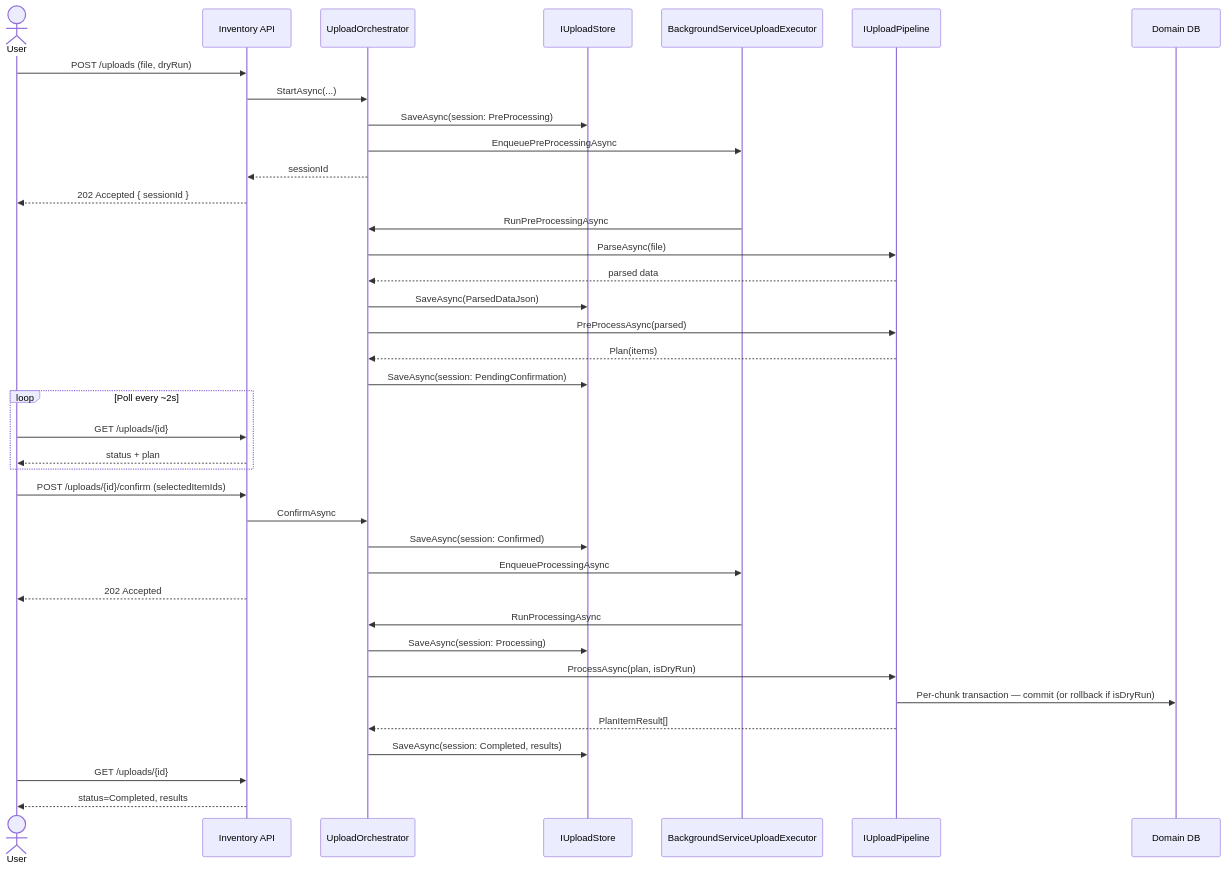
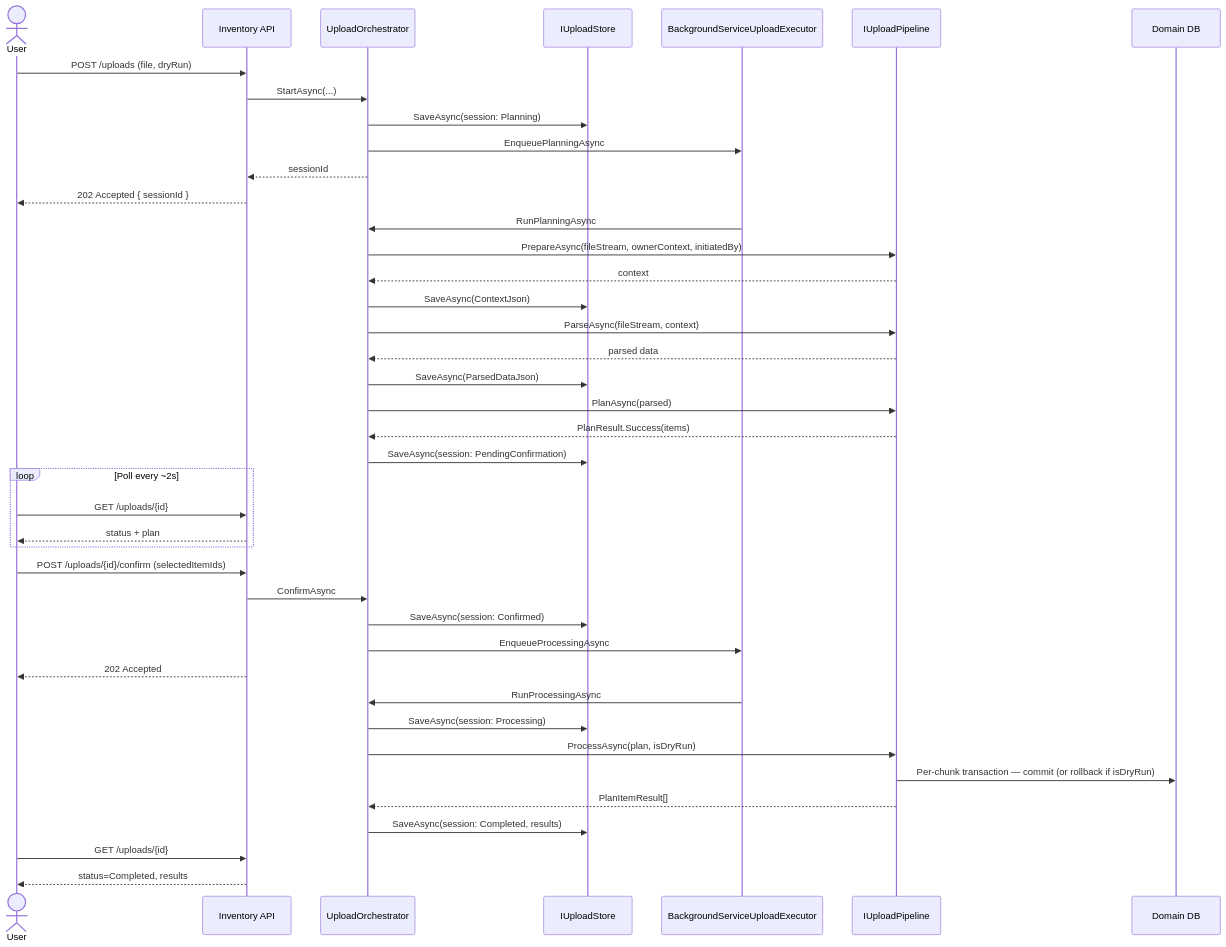
One commit to jjuradon/space-broker changed the first of 3 diagrams in poc/upload.engine/docs/sequence-diagrams.md. Above: the diagram before and after it, drawn with Mermaid. The commit also changed other lines of this file and 46 other files, not shown here.

````diff
--- a/poc/upload.engine/docs/sequence-diagrams.md
+++ b/poc/upload.engine/docs/sequence-diagrams.md
@@ -14,46 +7,49 @@
 ```mermaid
 sequenceDiagram
     actor User
     participant API as Inventory API
     participant Orch as UploadOrchestrator
     participant Store as IUploadStore
     participant Exec as BackgroundServiceUploadExecutor
     participant Pipe as IUploadPipeline
     participant DB as Domain DB
 
     User->>API: POST /uploads (file, dryRun)
     API->>Orch: StartAsync(...)
-    Orch->>Store: SaveAsync(session: PreProcessing)
-    Orch->>Exec: EnqueuePreProcessingAsync
+    Orch->>Store: SaveAsync(session: Planning)
+    Orch->>Exec: EnqueuePlanningAsync
     Orch-->>API: sessionId
     API-->>User: 202 Accepted { sessionId }
 
-    Exec->>Orch: RunPreProcessingAsync
-    Orch->>Pipe: ParseAsync(file)
+    Exec->>Orch: RunPlanningAsync
+    Orch->>Pipe: PrepareAsync(fileStream, ownerContext, initiatedBy)
+    Pipe-->>Orch: context
+    Orch->>Store: SaveAsync(ContextJson)
+    Orch->>Pipe: ParseAsync(fileStream, context)
     Pipe-->>Orch: parsed data
     Orch->>Store: SaveAsync(ParsedDataJson)
-    Orch->>Pipe: PreProcessAsync(parsed)
-    Pipe-->>Orch: Plan(items)
+    Orch->>Pipe: PlanAsync(parsed)
+    Pipe-->>Orch: PlanResult.Success(items)
     Orch->>Store: SaveAsync(session: PendingConfirmation)
 
     loop Poll every ~2s
         User->>API: GET /uploads/{id}
         API-->>User: status + plan
     end
 
     User->>API: POST /uploads/{id}/confirm (selectedItemIds)
     API->>Orch: ConfirmAsync
     Orch->>Store: SaveAsync(session: Confirmed)
     Orch->>Exec: EnqueueProcessingAsync
     API-->>User: 202 Accepted
 
     Exec->>Orch: RunProcessingAsync
     Orch->>Store: SaveAsync(session: Processing)
     Orch->>Pipe: ProcessAsync(plan, isDryRun)
     Pipe->>DB: Per-chunk transaction — commit (or rollback if isDryRun)
     Pipe-->>Orch: PlanItemResult[]
     Orch->>Store: SaveAsync(session: Completed, results)
 
     User->>API: GET /uploads/{id}
     API-->>User: status=Completed, results
 ```
````
